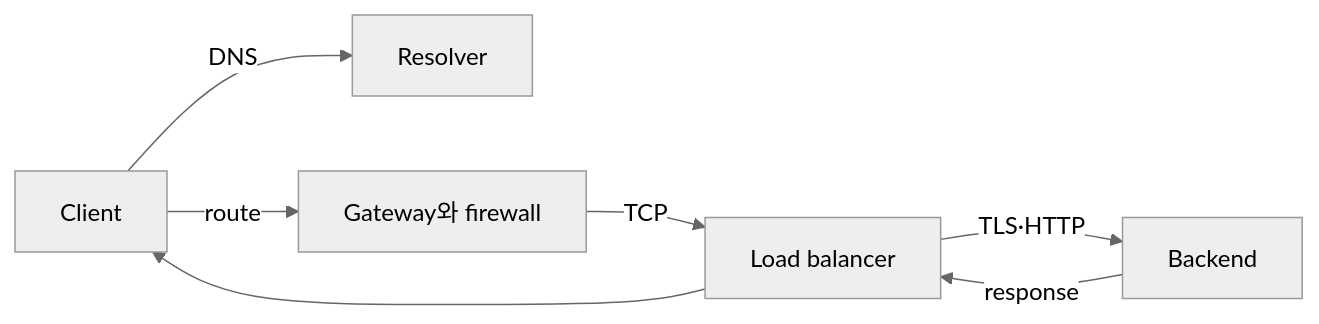
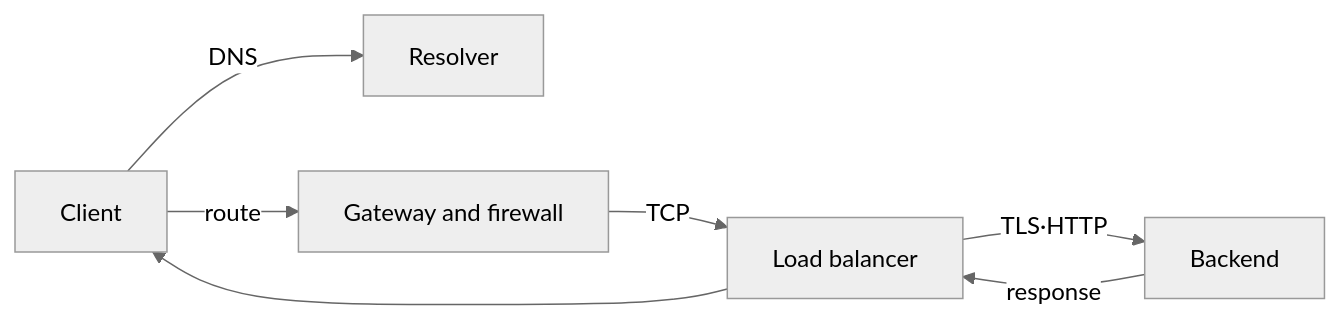
The diagram in docs-site/content/networking/00-roadmap.md (nohdol97/nohdol-study), drawn with Mermaid (neutral theme) before and after one commit. The commit also changed other lines of this file and 116 other files, not shown here.

````diff
--- a/docs-site/content/networking/00-roadmap.md
+++ b/docs-site/content/networking/00-roadmap.md
@@ -24,9 +24,9 @@
 ```mermaid
 flowchart LR
     C[Client] -->|DNS| R[Resolver]
-    C -->|route| G[Gateway와 firewall]
+    C -->|route| G[Gateway and firewall]
     G -->|TCP| L[Load balancer]
     L -->|TLS·HTTP| B[Backend]
     B -->|response| L
     L --> C
 ```
````
